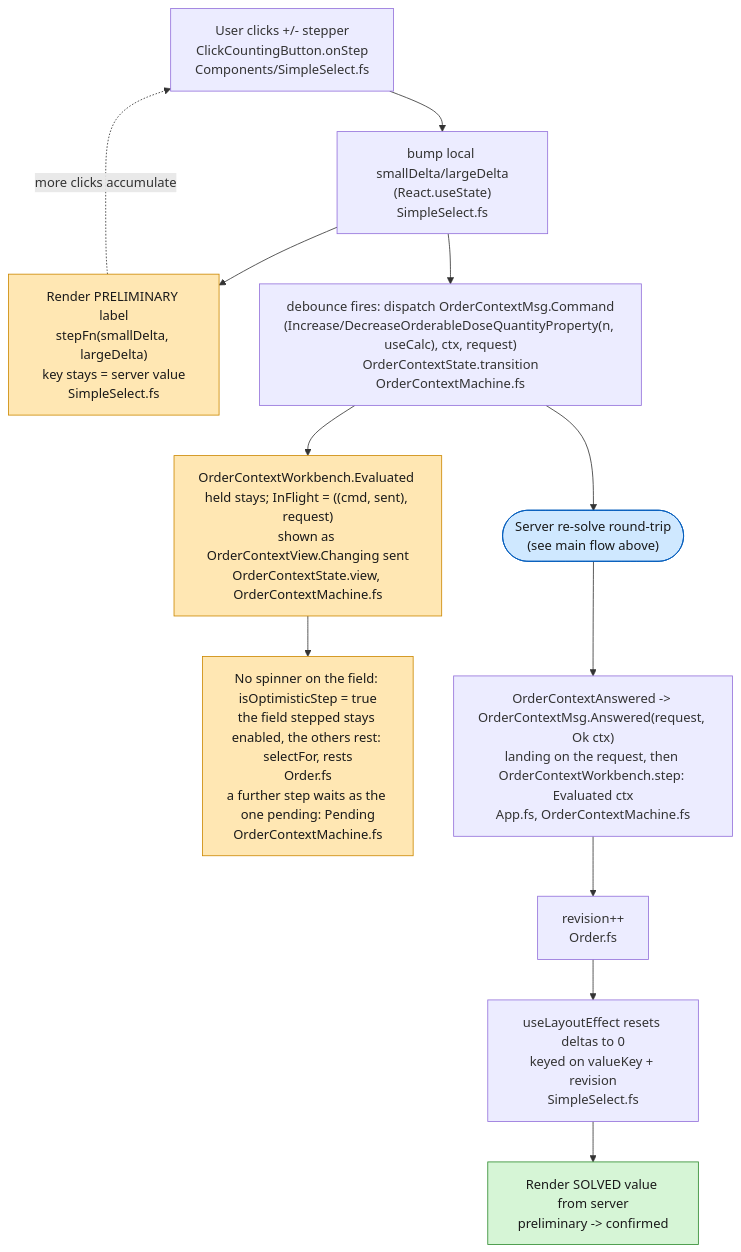
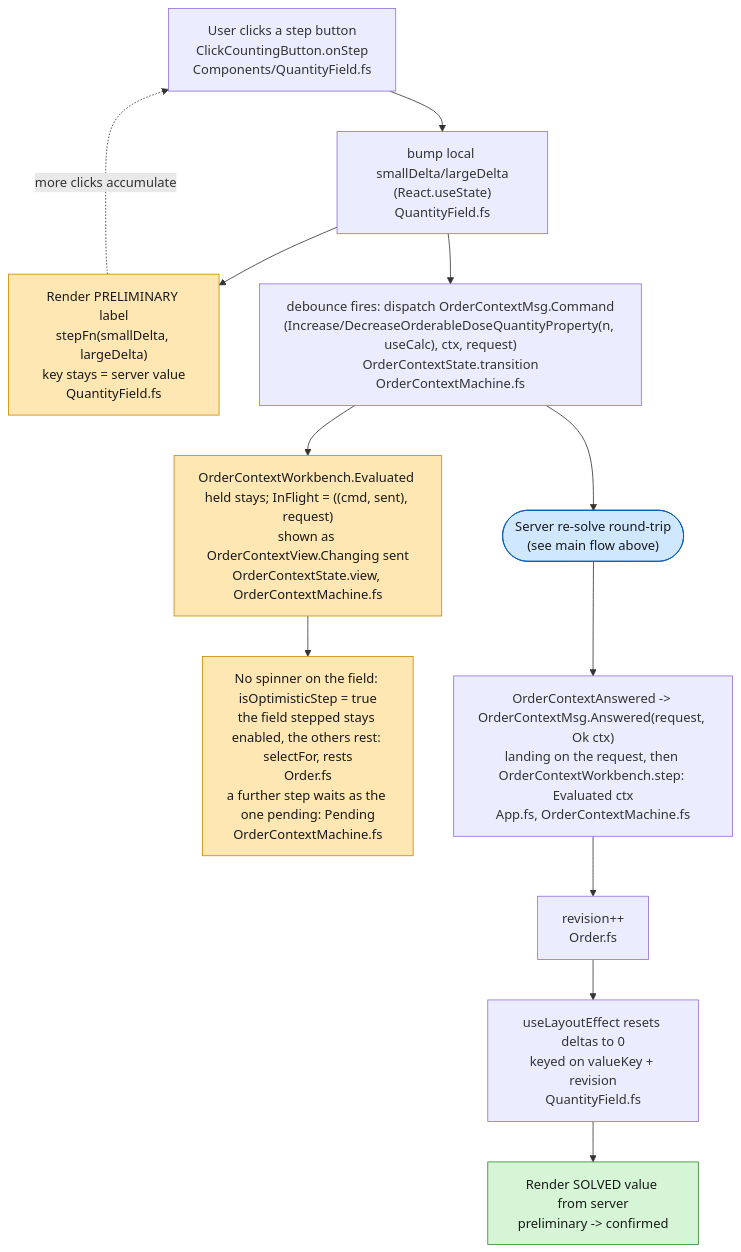
One commit to informedica/GenPRES changed the second of 2 diagrams in docs/domain/dose-quantity-stepping-flow.md. Above: the diagram before and after it, drawn with Mermaid. The commit also changed other lines of this file and 3 other files, not shown here.

First line of the commit message:
docs: record the five-slot QuantityField as built

````diff
--- a/docs/domain/dose-quantity-stepping-flow.md
+++ b/docs/domain/dose-quantity-stepping-flow.md
@@ -62,28 +62,28 @@
 ```mermaid
 flowchart TD
-    CLICK["User clicks +/- stepper<br/>ClickCountingButton.onStep<br/>Components/SimpleSelect.fs"]
-    DELTA["bump local smallDelta/largeDelta<br/>(React.useState)<br/>SimpleSelect.fs"]
-    PRELIM["Render PRELIMINARY label<br/>stepFn(smallDelta, largeDelta)<br/>key stays = server value<br/>SimpleSelect.fs"]
+    CLICK["User clicks a step button<br/>ClickCountingButton.onStep<br/>Components/QuantityField.fs"]
+    DELTA["bump local smallDelta/largeDelta<br/>(React.useState)<br/>QuantityField.fs"]
+    PRELIM["Render PRELIMINARY label<br/>stepFn(smallDelta, largeDelta)<br/>key stays = server value<br/>QuantityField.fs"]
     DISPATCH["debounce fires: dispatch OrderContextMsg.Command<br/>(Increase/DecreaseOrderableDoseQuantityProperty(n, useCalc), ctx, request)<br/>OrderContextState.transition<br/>OrderContextMachine.fs"]
 
     REC["OrderContextWorkbench.Evaluated held stays; InFlight = ((cmd, sent), request)<br/>shown as OrderContextView.Changing sent<br/>OrderContextState.view, OrderContextMachine.fs"]
     KEEP["No spinner on the field: isOptimisticStep = true<br/>the field stepped stays enabled, the others rest: selectFor, rests<br/>Order.fs<br/>a further step waits as the one pending: Pending<br/>OrderContextMachine.fs"]
 
     SERVER(["Server re-solve round-trip<br/>(see main flow above)"])
 
     DONE["OrderContextAnswered -> OrderContextMsg.Answered(request, Ok ctx)<br/>landing on the request, then OrderContextWorkbench.step: Evaluated ctx<br/>App.fs, OrderContextMachine.fs"]
     BUMP["revision++<br/>Order.fs"]
-    RESET["useLayoutEffect resets deltas to 0<br/>keyed on valueKey + revision<br/>SimpleSelect.fs"]
+    RESET["useLayoutEffect resets deltas to 0<br/>keyed on valueKey + revision<br/>QuantityField.fs"]
     FINAL["Render SOLVED value from server<br/>preliminary -> confirmed"]
 
     CLICK --> DELTA --> PRELIM
     DELTA --> DISPATCH --> REC --> KEEP
     PRELIM -. "more clicks accumulate" .-> CLICK
     DISPATCH --> SERVER --> DONE --> BUMP --> RESET --> FINAL
 
     style PRELIM fill:#ffe7b3,stroke:#cc8800,color:#1a1a1a
     style REC fill:#ffe7b3,stroke:#cc8800,color:#1a1a1a
     style KEEP fill:#ffe7b3,stroke:#cc8800,color:#1a1a1a
     style FINAL fill:#d6f5d6,stroke:#2e8b2e,color:#1a1a1a
     style SERVER fill:#cfe8ff,stroke:#005bbb,color:#1a1a1a
 ```
````
